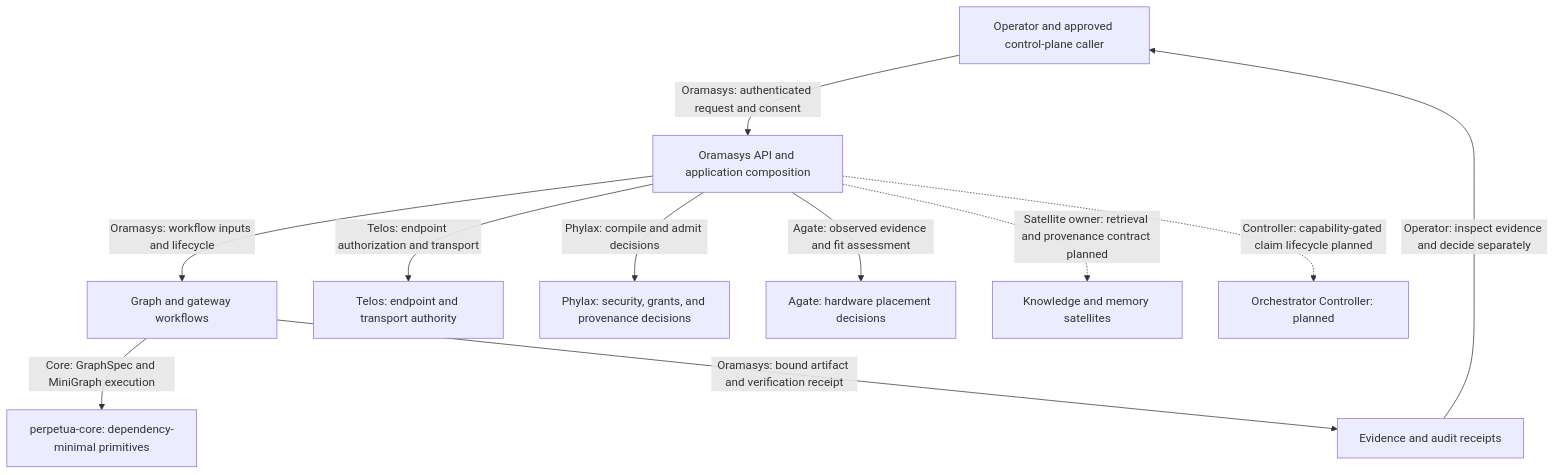
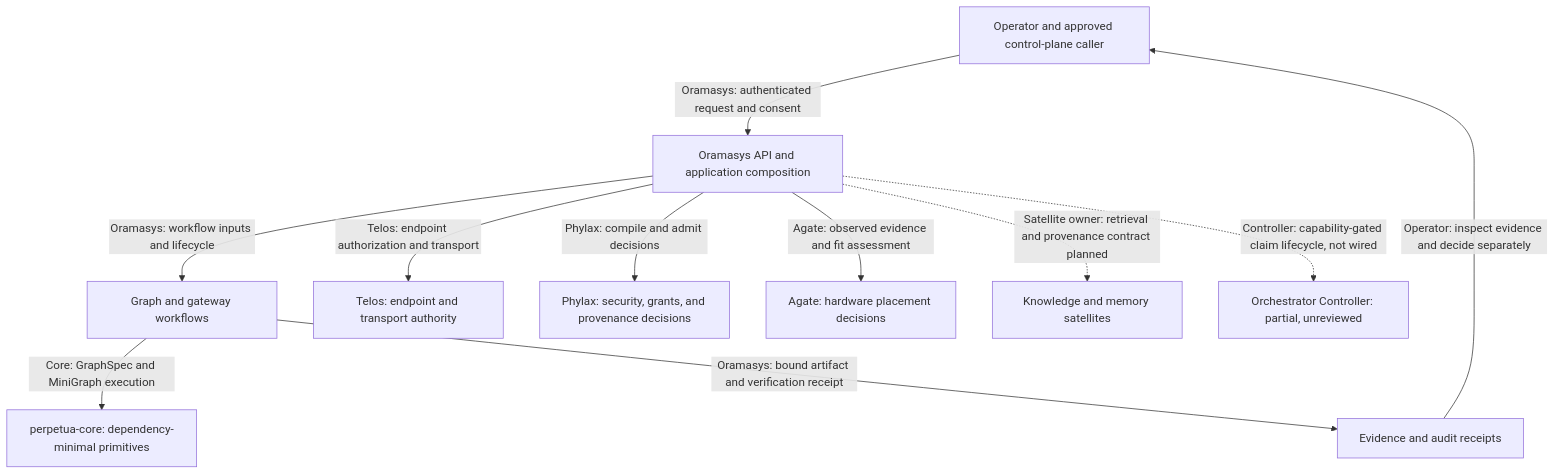
Before and after one commit to oramasys/oramasys: the first of 2 diagrams in ARCHITECTURE.md, drawn with Mermaid. The commit also changed other lines of this file, not shown here.

Commit message:
docs(architecture): mark the v2 controller as partially implemented
The oramasys controller slice (claim store, fenced expiry worker, fail-closed
ports, transactional outbox) now exists but is not reviewed, wired or
deployed. Shared meanings are unchanged.

Generated with AI
Claude-Session: https://claude.ai/code/session_01SjfyYH6XDGEbGLAcgqgxkD

````diff
--- a/ARCHITECTURE.md
+++ b/ARCHITECTURE.md
@@ -19,13 +19,13 @@
 ```mermaid
 flowchart TB
     O[Operator and approved control-plane caller] -->|Oramasys: authenticated request and consent| A[Oramasys API and application composition]
     A -->|Oramasys: workflow inputs and lifecycle| G[Graph and gateway workflows]
     G -->|Core: GraphSpec and MiniGraph execution| C[perpetua-core: dependency-minimal primitives]
     A -->|Telos: endpoint authorization and transport| T[Telos: endpoint and transport authority]
     A -->|Phylax: compile and admit decisions| P[Phylax: security, grants, and provenance decisions]
     A -->|Agate: observed evidence and fit assessment| H[Agate: hardware placement decisions]
     A -.->|Satellite owner: retrieval and provenance contract planned| K[Knowledge and memory satellites]
-    A -.->|Controller: capability-gated claim lifecycle planned| OC[Orchestrator Controller: planned]
+    A -.->|Controller: capability-gated claim lifecycle, not wired| OC[Orchestrator Controller: partial, unreviewed]
     G -->|Oramasys: bound artifact and verification receipt| E[Evidence and audit receipts]
     E -->|Operator: inspect evidence and decide separately| O
 ```
````
